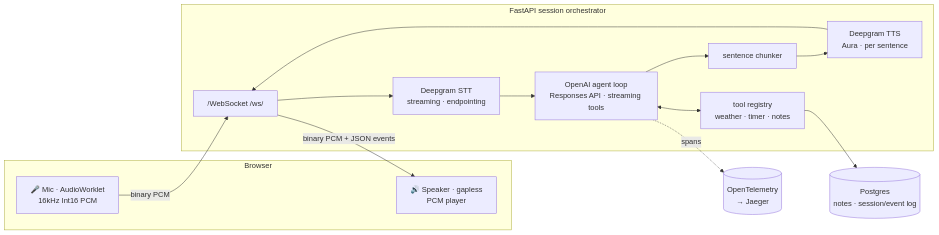
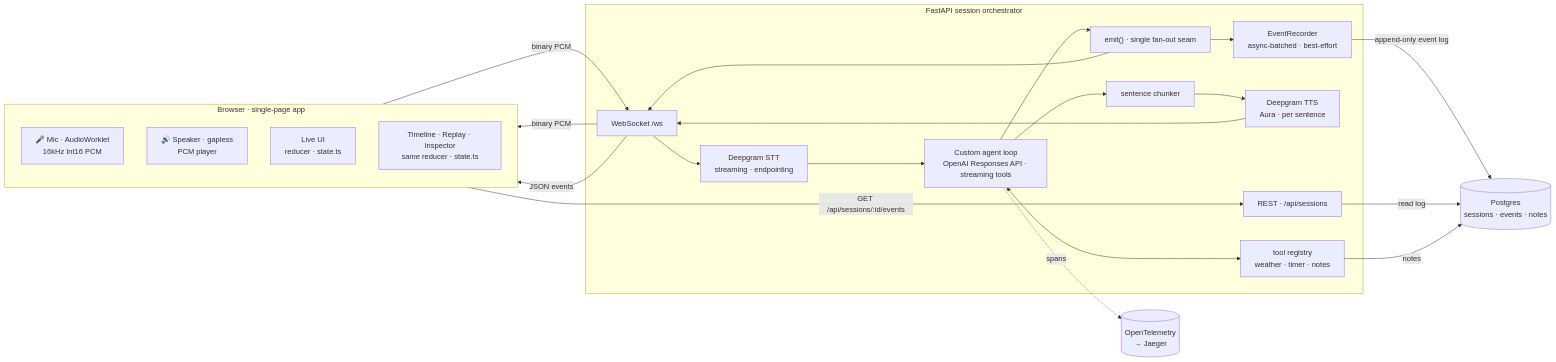
The diagram in README.md (CodeProphet135/voice-assistant), drawn with Mermaid before and after one commit. The commit also changed other lines of this file and 6 other files, not shown here.

````diff
--- a/README.md
+++ b/README.md
@@ -16,21 +25,38 @@
 ```mermaid
 flowchart LR
-  subgraph Browser
+  subgraph Browser["Browser · single-page app"]
+    direction TB
     Mic["🎤 Mic · AudioWorklet<br/>16kHz Int16 PCM"]
     Spk["🔊 Speaker · gapless<br/>PCM player"]
+    LiveUI["Live UI<br/>reducer · state.ts"]
+    ReplayUI["Timeline · Replay · Inspector<br/><i>same</i> reducer · state.ts"]
   end
+
   Mic -- "binary PCM" --> WS
-  WS -- "binary PCM + JSON events" --> Spk
+  WS -- "binary PCM" --> Spk
+  WS -- "JSON events" --> LiveUI
+  ReplayUI -- "GET /api/sessions/:id/events" --> REST
+
   subgraph Backend["FastAPI session orchestrator"]
-    WS["/WebSocket /ws/"]
-    Agent["OpenAI agent loop<br/>Responses API · streaming tools"]
+    WS["WebSocket /ws"]
+    STT["Deepgram STT<br/>streaming · endpointing"]
+    Agent["Custom agent loop<br/>OpenAI Responses API · streaming tools"]
     Chunk["sentence chunker"]
-    WS --> STT
-    STT["Deepgram STT<br/>streaming · endpointing"] --> Agent
-    Agent --> Chunk --> TTS["Deepgram TTS<br/>Aura · per sentence"]
-    TTS --> WS
-    Agent <--> Tools["tool registry<br/>weather · timer · notes"]
+    TTS["Deepgram TTS<br/>Aura · per sentence"]
+    Emit["emit() · single fan-out seam"]
+    Rec["EventRecorder<br/>async-batched · best-effort"]
+    REST["REST · /api/sessions"]
+    Tools["tool registry<br/>weather · timer · notes"]
+
+    WS --> STT --> Agent
+    Agent --> Chunk --> TTS --> WS
+    Agent <--> Tools
+    Agent --> Emit --> WS
+    Emit --> Rec
   end
+
+  Rec -- "append-only event log" --> PG[("Postgres<br/>sessions · events · notes")]
+  REST -- "read log" --> PG
+  Tools -- "notes" --> PG
   Agent -. "spans" .-> OTel[("OpenTelemetry<br/>→ Jaeger")]
-  Tools --> PG[("Postgres<br/>notes · session/event log")]
 ```
````
